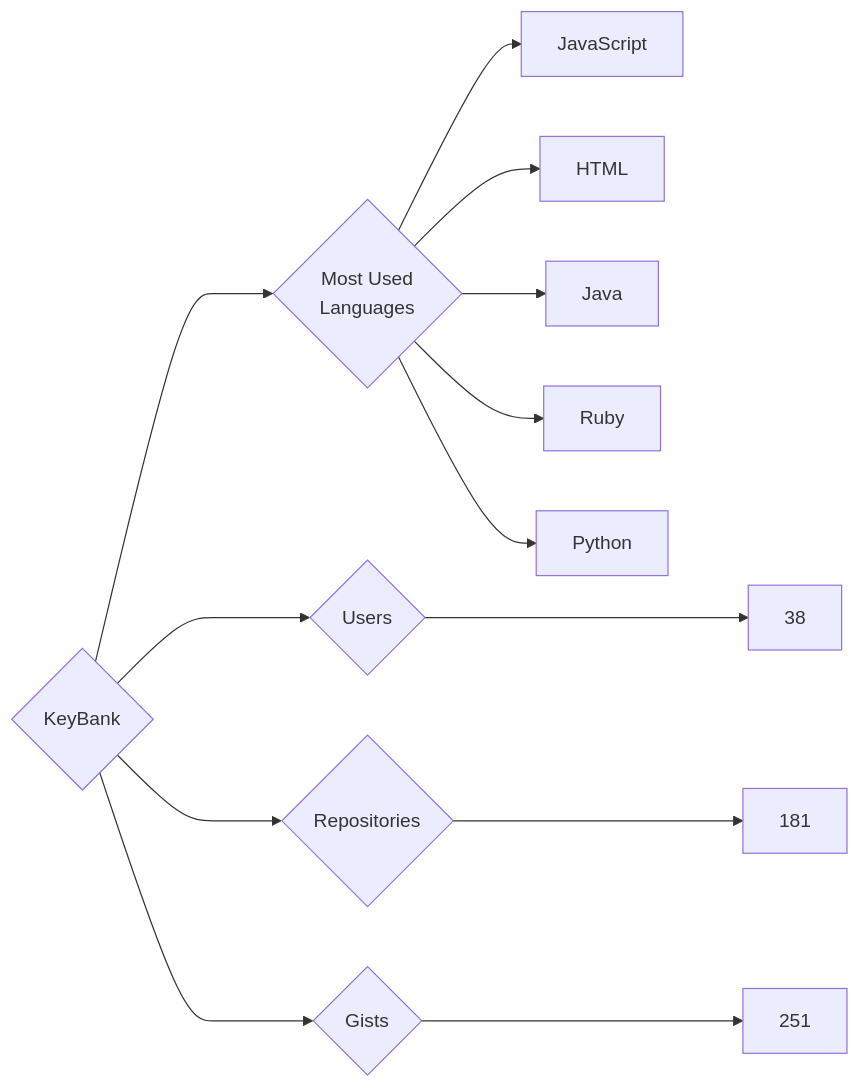
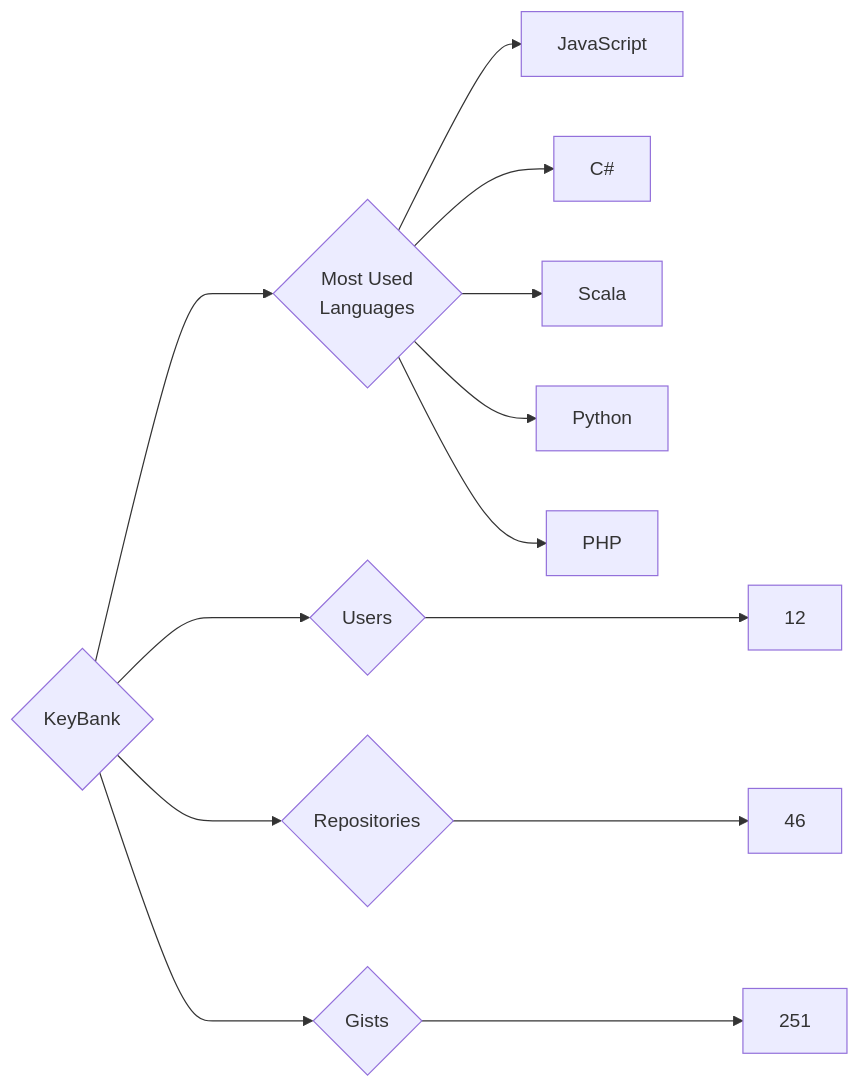
The diagram in targets/KeyBank/README.md (trickest/insiders), drawn with Mermaid before and after one commit. The commit also changed 745 other files, not shown here.

````diff
--- a/targets/KeyBank/README.md
+++ b/targets/KeyBank/README.md
@@ -3,13 +3,13 @@
 ```mermaid
 graph LR
 COMPANY_NAME{KeyBank}
-COMPANY_NAME ---> U{Users} ---> UN[38]
-COMPANY_NAME ---> R{Repositories} ---> RN[181]
+COMPANY_NAME ---> U{Users} ---> UN[12]
+COMPANY_NAME ---> R{Repositories} ---> RN[46]
 COMPANY_NAME ---> G{Gists} ---> GN[251]
 COMPANY_NAME ---> ML{Most Used<br>Languages}
 ML --> JavaScript[JavaScript]
-ML --> HTML[HTML]
-ML --> Java[Java]
-ML --> Ruby[Ruby]
+ML --> C#[C#]
+ML --> Scala[Scala]
 ML --> Python[Python]
+ML --> PHP[PHP]
 ```
````
